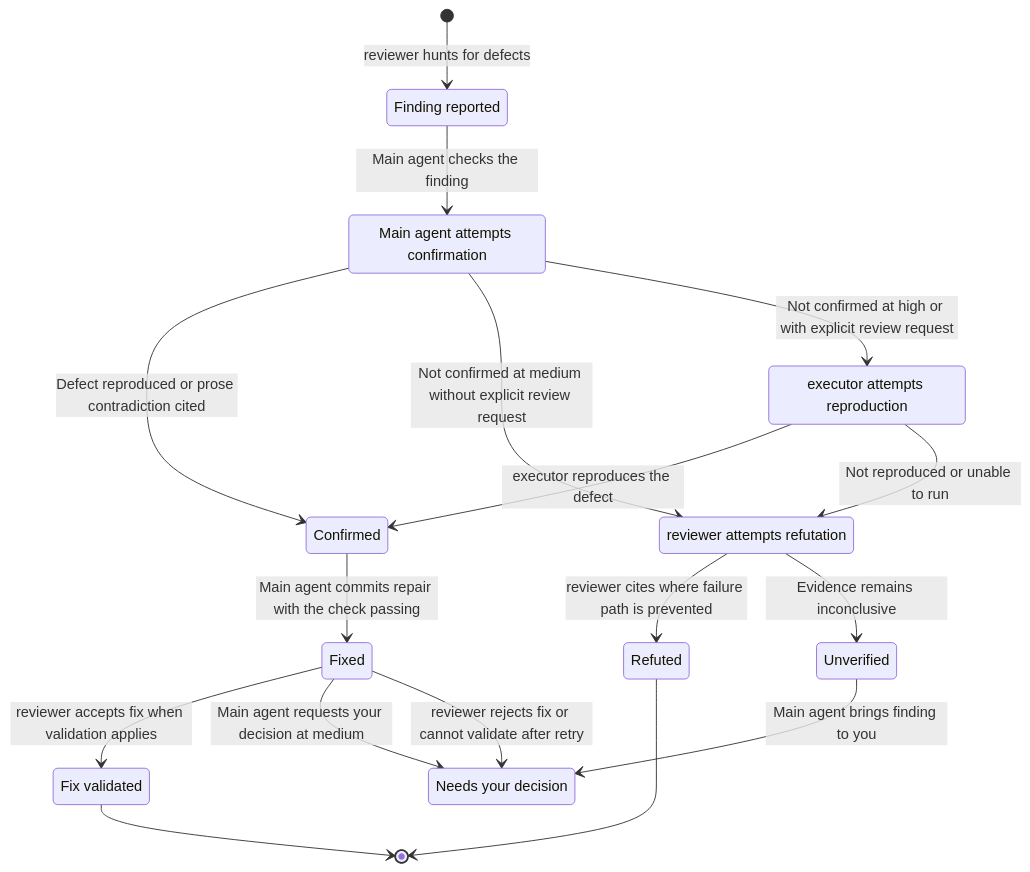
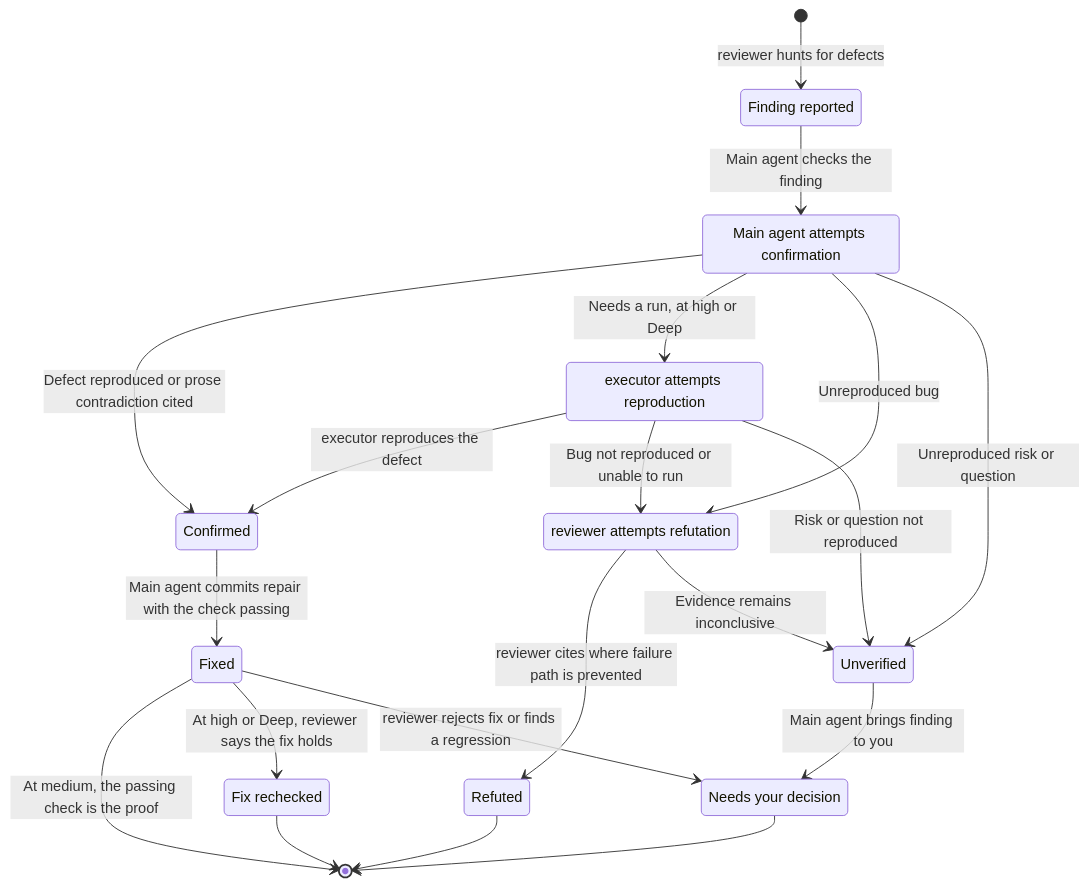
The diagram in docs/subagents.md (jvillegasd/harness), drawn with Mermaid before and after one commit. The commit also changed other lines of this file and 13 other files, not shown here.

````diff
--- a/docs/subagents.md
+++ b/docs/subagents.md
@@ -35,30 +35,33 @@
 ```mermaid
 stateDiagram-v2
     state "Finding reported" as Reported
     state "Main agent attempts confirmation" as Confirmation
     state "executor attempts reproduction" as Reproduction
     state "reviewer attempts refutation" as Refutation
     state "Unverified" as Unverified
     state "Confirmed" as Confirmed
     state "Refuted" as Refuted
     state "Fixed" as Fixed
-    state "Fix validated" as Validated
+    state "Fix rechecked" as Rechecked
     state "Needs your decision" as Decision
 
     [*] --> Reported: reviewer hunts for defects
     Reported --> Confirmation: Main agent checks the finding
     Confirmation --> Confirmed: Defect reproduced or prose contradiction cited
-    Confirmation --> Refutation: Not confirmed at medium without explicit review request
-    Confirmation --> Reproduction: Not confirmed at high or with explicit review request
+    Confirmation --> Reproduction: Needs a run, at high or Deep
+    Confirmation --> Refutation: Unreproduced bug
+    Confirmation --> Unverified: Unreproduced risk or question
     Reproduction --> Confirmed: executor reproduces the defect
-    Reproduction --> Refutation: Not reproduced or unable to run
+    Reproduction --> Refutation: Bug not reproduced or unable to run
+    Reproduction --> Unverified: Risk or question not reproduced
     Refutation --> Refuted: reviewer cites where failure path is prevented
     Refutation --> Unverified: Evidence remains inconclusive
     Unverified --> Decision: Main agent brings finding to you
     Confirmed --> Fixed: Main agent commits repair with the check passing
-    Fixed --> Validated: reviewer accepts fix when validation applies
-    Fixed --> Decision: Main agent requests your decision at medium
-    Fixed --> Decision: reviewer rejects fix or cannot validate after retry
-    Validated --> [*]
+    Fixed --> [*]: At medium, the passing check is the proof
+    Fixed --> Rechecked: At high or Deep, reviewer says the fix holds
+    Fixed --> Decision: reviewer rejects fix or finds a regression
+    Rechecked --> [*]
     Refuted --> [*]
+    Decision --> [*]
 ```
````
